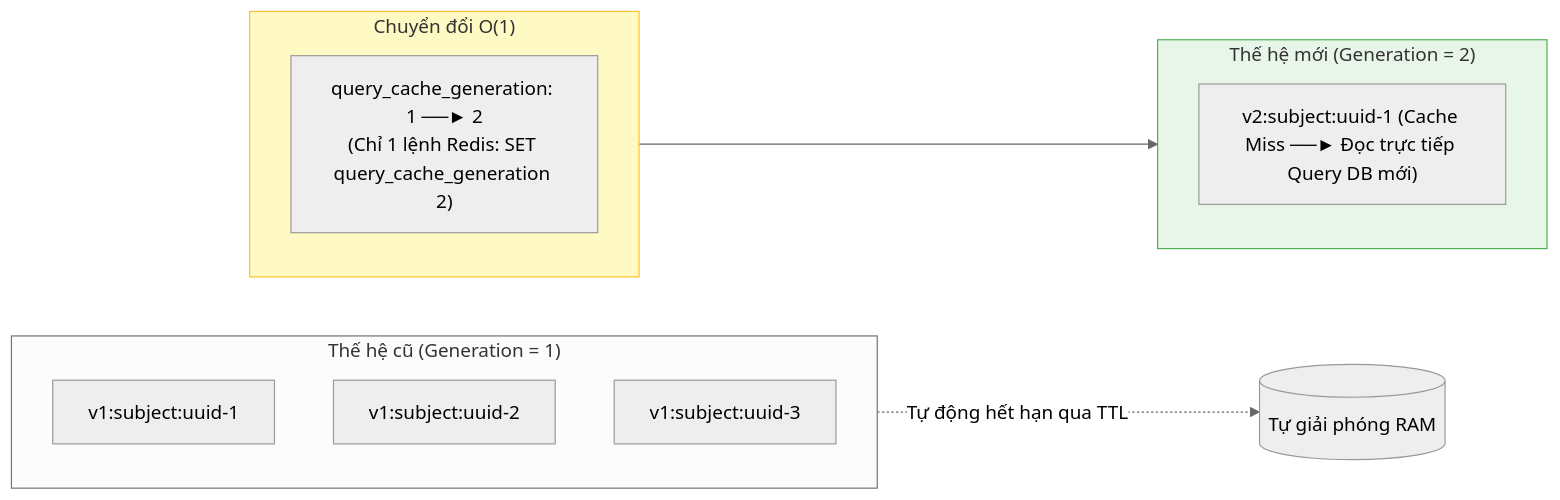
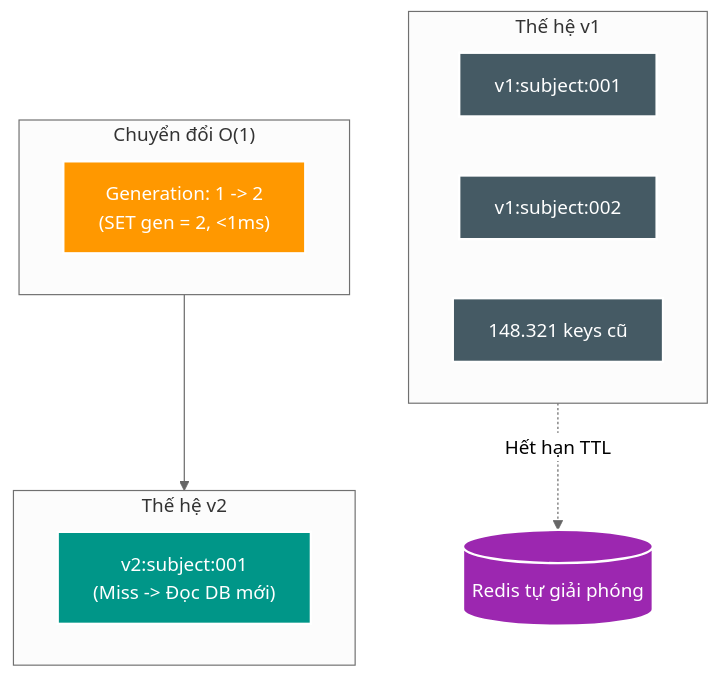
Before and after one commit to HungPhan200591/file-mngt-be-v2: the second of 2 diagrams in manual/learning/use-cases/scale-capacity/sc-01-scan-one-million-filesystem-entry/references/explain-bt09a-watermark-and-completion-barrier.md, drawn with Mermaid (neutral theme). The commit also changed other lines of this file and 4 other files, not shown here.

````diff
--- a/manual/learning/use-cases/scale-capacity/sc-01-scan-one-million-filesystem-entry/references/explain-bt09a-watermark-and-completion-barrier.md
+++ b/manual/learning/use-cases/scale-capacity/sc-01-scan-one-million-filesystem-entry/references/explain-bt09a-watermark-and-completion-barrier.md
@@ -136,22 +146,26 @@
 ```mermaid
-flowchart LR
-    subgraph OLD_GEN["Thế hệ cũ (Generation = 1)"]
-        K1["v1:subject:uuid-1"]
-        K2["v1:subject:uuid-2"]
-        K3["v1:subject:uuid-3"]
+flowchart TD
+    subgraph OLD_GEN["Thế hệ v1"]
+        K1["<font color='white'>v1:subject:001</font>"]
+        K2["<font color='white'>v1:subject:002</font>"]
+        K3["<font color='white'>148.321 keys cũ</font>"]
     end
 
     subgraph SWITCH["Chuyển đổi O(1)"]
-        SW["query_cache_generation: 1 ──► 2<br/>(Chỉ 1 lệnh Redis: SET query_cache_generation 2)"]
+        SW["<font color='white'>Generation: 1 -> 2<br/>(SET gen = 2, &lt;1ms)</font>"]
     end
 
-    subgraph NEW_GEN["Thế hệ mới (Generation = 2)"]
-        N1["v2:subject:uuid-1 (Cache Miss ──► Đọc trực tiếp Query DB mới)"]
+    subgraph NEW_GEN["Thế hệ v2"]
+        N1["<font color='white'>v2:subject:001<br/>(Miss -> Đọc DB mới)</font>"]
     end
 
-    OLD_GEN -.->|Tự động hết hạn qua TTL| DISCARD[("Tự giải phóng RAM")]
+    OLD_GEN -.->|"Hết hạn TTL"| DISCARD[("<font color='white'>Redis tự giải phóng</font>")]
     SWITCH --> NEW_GEN
 
-    style SWITCH fill:#fff9c4,stroke:#fbc02d
-    style NEW_GEN fill:#e8f5e9,stroke:#4caf50
+    style K1 fill:#455A64,stroke:#fff,stroke-width:2px,color:#fff
+    style K2 fill:#455A64,stroke:#fff,stroke-width:2px,color:#fff
+    style K3 fill:#455A64,stroke:#fff,stroke-width:2px,color:#fff
+    style SW fill:#FF9800,stroke:#fff,stroke-width:2px,color:#fff
+    style N1 fill:#009688,stroke:#fff,stroke-width:2px,color:#fff
+    style DISCARD fill:#9C27B0,stroke:#fff,stroke-width:2px,color:#fff
 ```
````
